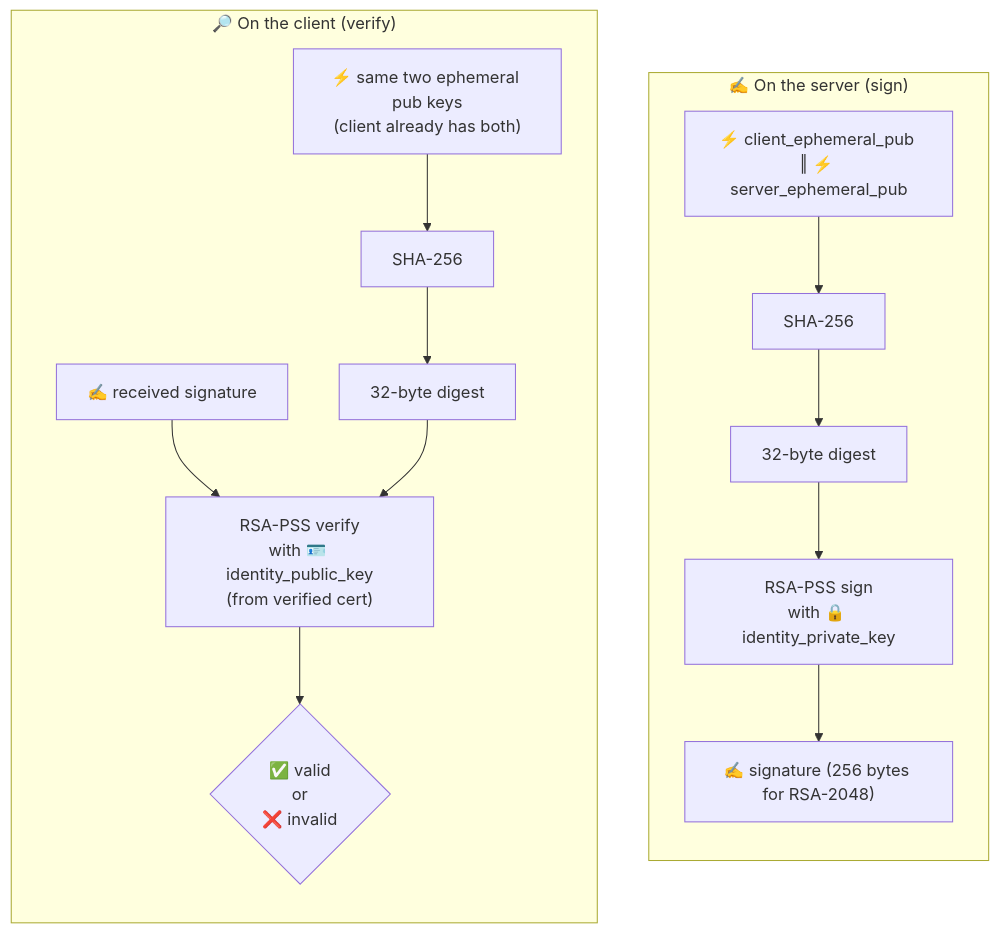
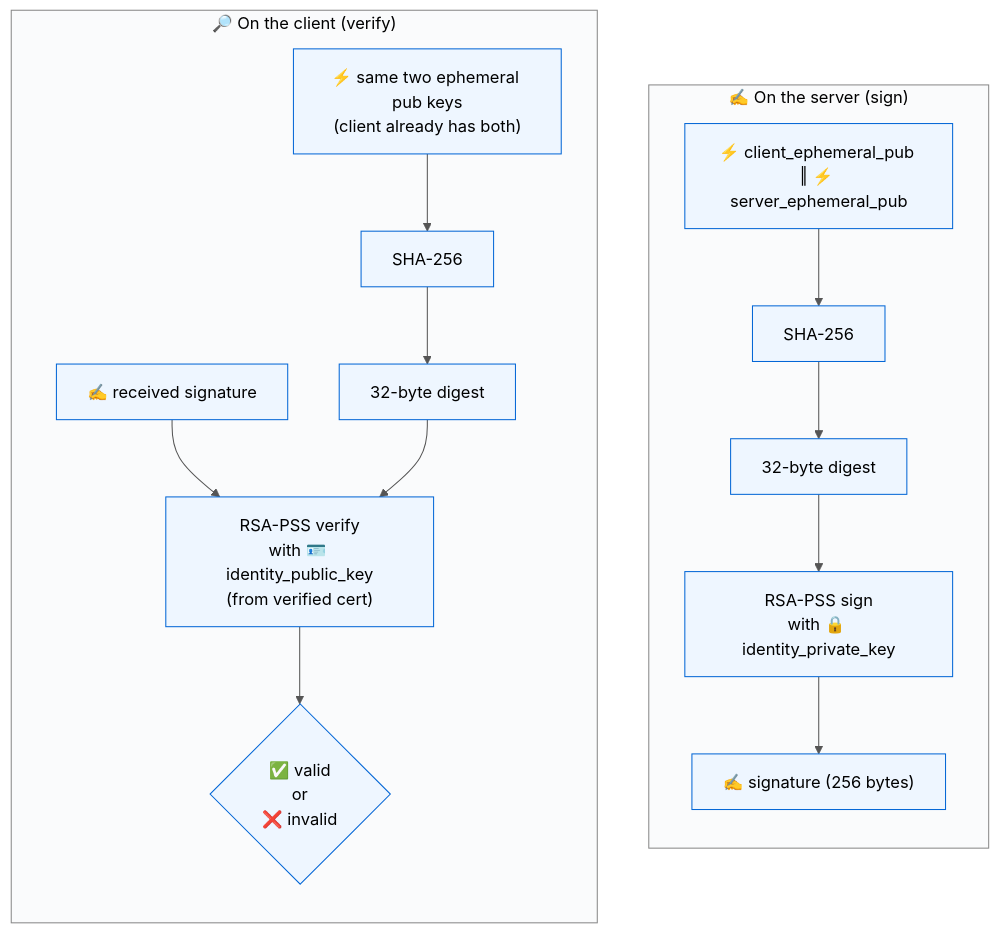
Before and after one commit to DmytroHuzz/rebuilding_tls: diagram 17 of 20 in part_4/walkthrough/walkthrough.qmd, drawn with Mermaid. The commit also changed other lines of this file and 1 other file, not shown here.

````diff
--- a/part_4/walkthrough/walkthrough.qmd
+++ b/part_4/walkthrough/walkthrough.qmd
@@ -493,21 +584,22 @@
 ```{mermaid}
+%%{init: {'theme':'base', 'themeVariables': {'background':'#ffffff','primaryColor':'#eef6ff','primaryBorderColor':'#0366d6','primaryTextColor':'#000','lineColor':'#555','clusterBkg':'#fafbfc','clusterBorder':'#888','tertiaryColor':'#ffffff','tertiaryBorderColor':'#888','tertiaryTextColor':'#000','noteBkgColor':'#fff8c5','noteTextColor':'#000','noteBorderColor':'#b5a000','actorBkg':'#eef6ff','actorBorder':'#0366d6','actorTextColor':'#000','signalColor':'#333','signalTextColor':'#000','sequenceNumberColor':'#fff'}}}%%
 flowchart TB
     subgraph SIGN_SIDE["✍️ On the server (sign)"]
         direction TB
         M1["⚡ client_ephemeral_pub ‖ ⚡ server_ephemeral_pub"]
         M1 --> H1["SHA-256"]
         H1 --> DIG1["32-byte digest"]
         DIG1 --> RSA1["RSA-PSS sign<br/>with 🔒 identity_private_key"]
-        RSA1 --> SIG1["✍️ signature (256 bytes for RSA-2048)"]
+        RSA1 --> SIG1["✍️ signature (256 bytes)"]
     end
 
     subgraph VERIFY_SIDE["🔎 On the client (verify)"]
         direction TB
         M2["⚡ same two ephemeral pub keys<br/>(client already has both)"]
         M2 --> H2["SHA-256"]
         H2 --> DIG2["32-byte digest"]
         SIG2["✍️ received signature"] --> RSA2["RSA-PSS verify<br/>with 🪪 identity_public_key<br/>(from verified cert)"]
         DIG2 --> RSA2
         RSA2 --> OK{"✅ valid<br/>or<br/>❌ invalid"}
     end
 ```
````
